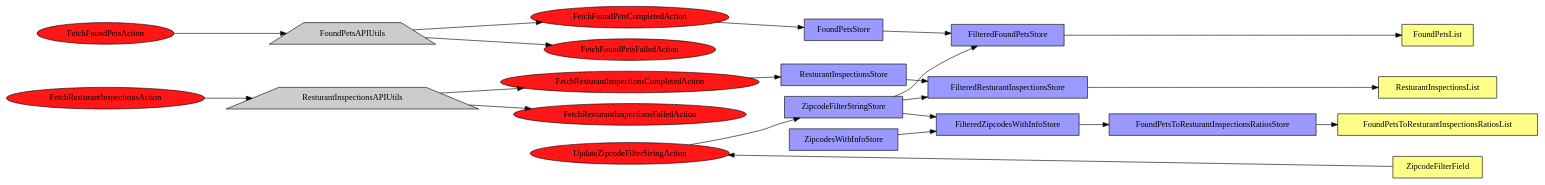
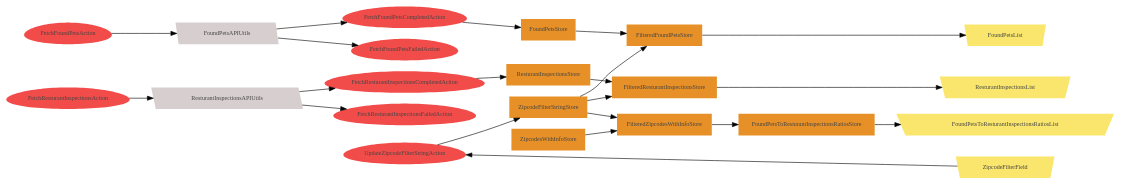
The diagram in ArchitectureDiagram.dot (thomaswrenn/nestedRefluxArchitectureExampleCode), drawn with Graphviz before and after one commit. The commit also changed 1 other file, not shown here.

```diff
--- a/ArchitectureDiagram.dot
+++ b/ArchitectureDiagram.dot
@@ -1,25 +1,26 @@
 digraph SystemDiagram {
     graph [rankdir=LR, clusterrank=local, style=dashed];
-    FetchFoundPetsAction, FetchFoundPetsCompletedAction, FetchFoundPetsFailedAction, FetchResturantInspectionsAction, FetchResturantInspectionsCompletedAction, FetchResturantInspectionsFailedAction, UpdateZipcodeFilterStringAction [shape=oval, style=filled, fillcolor="#FF1616"];
+    node [fontname="Menlo", fontsize=10, fontcolor="#444444", color=none];
+    FetchFoundPetsAction, FetchFoundPetsCompletedAction, FetchFoundPetsFailedAction, FetchResturantInspectionsAction, FetchResturantInspectionsCompletedAction, FetchResturantInspectionsFailedAction, UpdateZipcodeFilterStringAction [shape=polygon, sides=100, distortion=-0.1875, style=filled, fillcolor="#f24c4a"];
     subgraph {
         rank=same;
         FetchFoundPetsCompletedAction, FetchFoundPetsFailedAction, FetchResturantInspectionsCompletedAction, FetchResturantInspectionsFailedAction, UpdateZipcodeFilterStringAction;
     }
     subgraph APIUtils {
         rank=same;
-        FoundPetsAPIUtils, ResturantInspectionsAPIUtils [shape=trapezium, style=filled, fillcolor="#CCCCCC"];
+        FoundPetsAPIUtils, ResturantInspectionsAPIUtils [shape=polygon, skew=-0.0625, style=filled, fillcolor="#D7CECF"];
     }
-    FilteredFoundPetsStore, FoundPetsToResturantInspectionsRatiosStore, FilteredResturantInspectionsStore, ResturantInspectionsStore, FilteredZipcodesWithInfoStore, ZipcodeFilterStringStore, FoundPetsStore, ZipcodesWithInfoStore [shape=rect, style=filled, fillcolor="#9999FF"];
+    FilteredFoundPetsStore, FoundPetsToResturantInspectionsRatiosStore, FilteredResturantInspectionsStore, ResturantInspectionsStore, FilteredZipcodesWithInfoStore, ZipcodeFilterStringStore, FoundPetsStore, ZipcodesWithInfoStore [shape=rect, style=filled, fillcolor="#E69027"];
     subgraph ReactComponents {
         rank=same;
-        FoundPetsList, ResturantInspectionsList, FoundPetsToResturantInspectionsRatiosList, ZipcodeFilterField [shape=rect, style=filled, fillcolor="#FFFF88"];
+        FoundPetsList, ResturantInspectionsList, FoundPetsToResturantInspectionsRatiosList, ZipcodeFilterField [shape=polygon, distortion=0.0625, style=filled, fillcolor="#FAE66C"];
     }
 
     FetchFoundPetsAction -> FoundPetsAPIUtils -> FetchFoundPetsCompletedAction, FetchFoundPetsFailedAction;
     FetchResturantInspectionsAction -> ResturantInspectionsAPIUtils -> FetchResturantInspectionsCompletedAction, FetchResturantInspectionsFailedAction;
 
     FetchFoundPetsCompletedAction -> FoundPetsStore -> FilteredFoundPetsStore -> FoundPetsList;
     FetchResturantInspectionsCompletedAction -> ResturantInspectionsStore -> FilteredResturantInspectionsStore -> ResturantInspectionsList;
     ZipcodesWithInfoStore -> FilteredZipcodesWithInfoStore -> FoundPetsToResturantInspectionsRatiosStore -> FoundPetsToResturantInspectionsRatiosList;
     ZipcodeFilterField -> UpdateZipcodeFilterStringAction -> ZipcodeFilterStringStore -> FilteredResturantInspectionsStore, FilteredFoundPetsStore, FilteredZipcodesWithInfoStore;
 }
```
